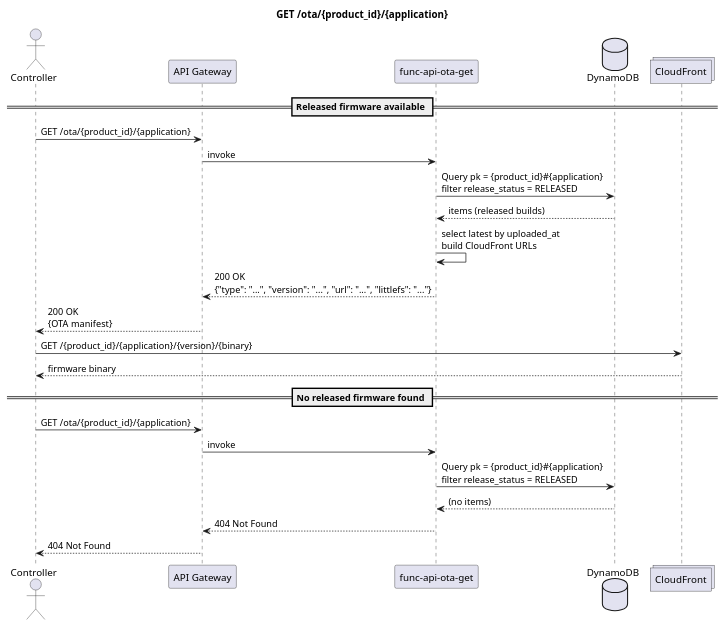
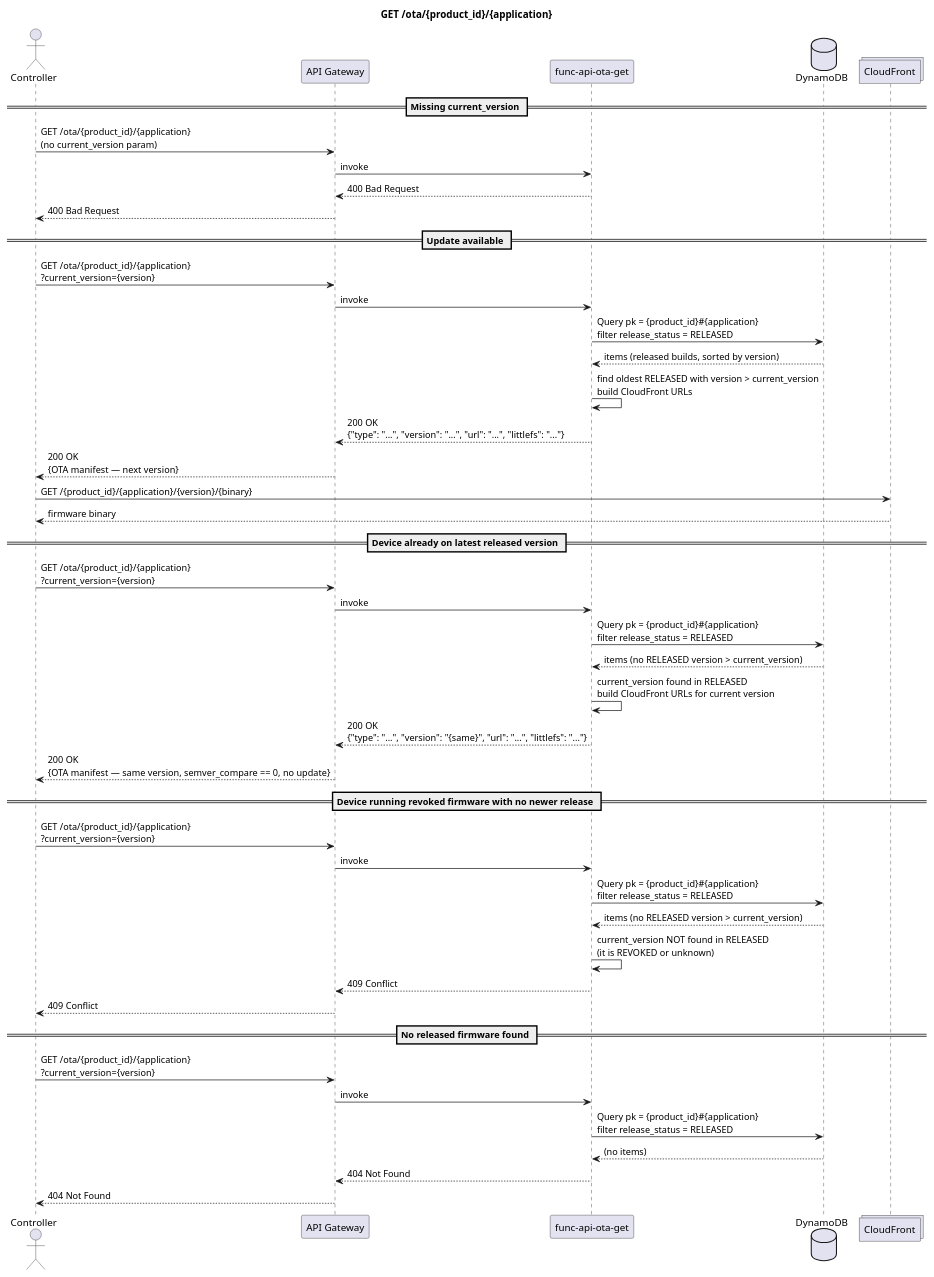
Before and after one commit to BrentIO/FireFly: the diagram in cloud/lambdas/images/func-api-ota-get.puml, drawn with PlantUML. The commit also changed 5 other files, not shown here.

```diff
--- a/cloud/lambdas/images/func-api-ota-get.puml
+++ b/cloud/lambdas/images/func-api-ota-get.puml
@@ -1,32 +1,59 @@
 @startuml
 
 title GET /ota/{product_id}/{application}
 
 actor Controller
 participant "API Gateway" as APIGW
 participant "func-api-ota-get" as Lambda
 database DynamoDB
 collections "CloudFront" as CF
 
-== Released firmware available ==
+== Missing current_version ==
 
-Controller -> APIGW : GET /ota/{product_id}/{application}
+Controller -> APIGW : GET /ota/{product_id}/{application}\n(no current_version param)
+APIGW -> Lambda : invoke
+Lambda --> APIGW : 400 Bad Request
+APIGW --> Controller : 400 Bad Request
+
+== Update available ==
+
+Controller -> APIGW : GET /ota/{product_id}/{application}\n?current_version={version}
 APIGW -> Lambda : invoke
 Lambda -> DynamoDB : Query pk = {product_id}#{application}\nfilter release_status = RELEASED
-DynamoDB --> Lambda : items (released builds)
-Lambda -> Lambda : select latest by uploaded_at\nbuild CloudFront URLs
+DynamoDB --> Lambda : items (released builds, sorted by version)
+Lambda -> Lambda : find oldest RELEASED with version > current_version\nbuild CloudFront URLs
 Lambda --> APIGW : 200 OK\n{"type": "...", "version": "...", "url": "...", "littlefs": "..."}
-APIGW --> Controller : 200 OK\n{OTA manifest}
+APIGW --> Controller : 200 OK\n{OTA manifest — next version}
 Controller -> CF : GET /{product_id}/{application}/{version}/{binary}
 CF --> Controller : firmware binary
 
+== Device already on latest released version ==
+
+Controller -> APIGW : GET /ota/{product_id}/{application}\n?current_version={version}
+APIGW -> Lambda : invoke
+Lambda -> DynamoDB : Query pk = {product_id}#{application}\nfilter release_status = RELEASED
+DynamoDB --> Lambda : items (no RELEASED version > current_version)
+Lambda -> Lambda : current_version found in RELEASED\nbuild CloudFront URLs for current version
+Lambda --> APIGW : 200 OK\n{"type": "...", "version": "{same}", "url": "...", "littlefs": "..."}
+APIGW --> Controller : 200 OK\n{OTA manifest — same version, semver_compare == 0, no update}
+
+== Device running revoked firmware with no newer release ==
+
+Controller -> APIGW : GET /ota/{product_id}/{application}\n?current_version={version}
+APIGW -> Lambda : invoke
+Lambda -> DynamoDB : Query pk = {product_id}#{application}\nfilter release_status = RELEASED
+DynamoDB --> Lambda : items (no RELEASED version > current_version)
+Lambda -> Lambda : current_version NOT found in RELEASED\n(it is REVOKED or unknown)
+Lambda --> APIGW : 409 Conflict
+APIGW --> Controller : 409 Conflict
+
 == No released firmware found ==
 
-Controller -> APIGW : GET /ota/{product_id}/{application}
+Controller -> APIGW : GET /ota/{product_id}/{application}\n?current_version={version}
 APIGW -> Lambda : invoke
 Lambda -> DynamoDB : Query pk = {product_id}#{application}\nfilter release_status = RELEASED
 DynamoDB --> Lambda : (no items)
 Lambda --> APIGW : 404 Not Found
 APIGW --> Controller : 404 Not Found
 
 @enduml
```
